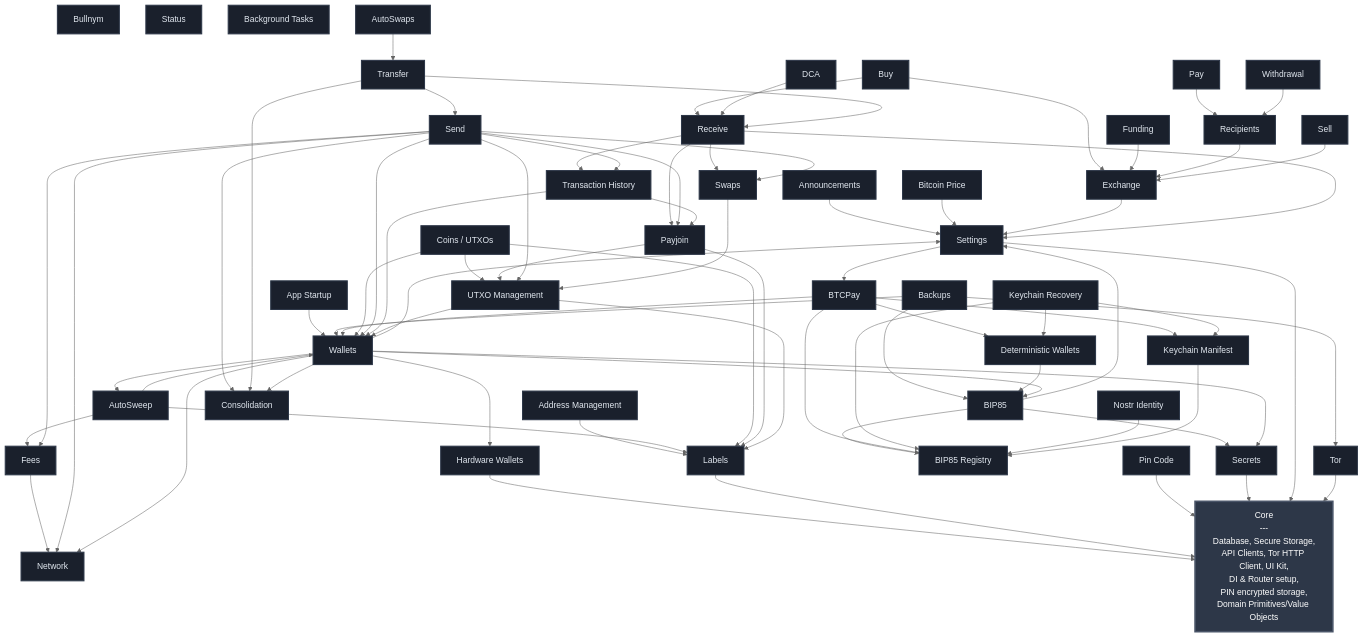
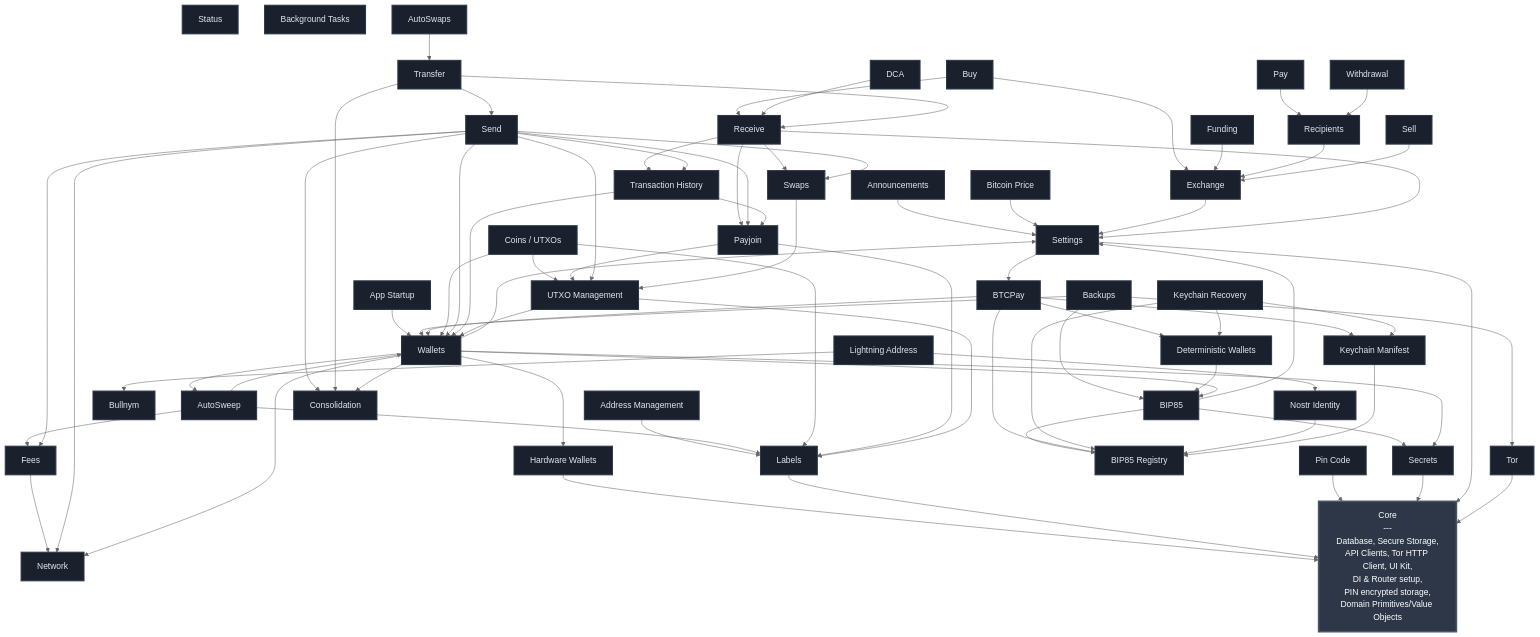
One commit to BullishNode/bullbitcoin-mobile changed the diagram in FEATURES.md. Above: the diagram before and after it, drawn with Mermaid (neutral theme). The commit also changed 9 other files, not shown here.

Commit message:
feat(lightning_address): add registration foundation

````diff
--- a/FEATURES.md
+++ b/FEATURES.md
@@ -28,6 +28,7 @@
     KEYCHAIN_RECOVERY[Keychain Recovery]
     NOSTR_IDENTITY[Nostr Identity]
     BULLNYM[Bullnym]
+    LIGHTNING_ADDRESS[Lightning Address]
     FEES[Fees]
     WALLETS[Wallets]
     EXCHANGE[Exchange]
@@ -82,6 +83,8 @@
     KEYCHAIN_RECOVERY --> DETERMINISTIC_WALLETS
     KEYCHAIN_RECOVERY --> KEYCHAIN_MANIFEST
     NOSTR_IDENTITY --> BIP85_REGISTRY
+    LIGHTNING_ADDRESS --> BULLNYM
+    LIGHTNING_ADDRESS --> NOSTR_IDENTITY
     BUY --> EXCHANGE
     BUY --> RECEIVE
     COINS --> UTXO_MGMT
@@ -139,5 +142,5 @@
     classDef featureStyle fill:#1a202c,stroke:#2d3748,stroke-width:2px,color:#e2e8f0
 
     class CORE coreStyle
-    class SETTINGS,TOR,PIN_CODE,LABELS,SECRETS,HW_WALLETS,BTC_PRICE,BTCPAY,NETWORK,BIP85,BIP85_REGISTRY,DETERMINISTIC_WALLETS,KEYCHAIN_MANIFEST,KEYCHAIN_RECOVERY,NOSTR_IDENTITY,BULLNYM,FEES,WALLETS,EXCHANGE,APP_STARTUP,UTXO_MGMT,ADDRESS_MGMT,RECIPIENTS,FUNDING,BACKUPS,SWAPS,PAYJOIN,WITHDRAWAL,STATUS,SEND,RECEIVE,TRANSFER,TX_HISTORY,BG_TASKS,AUTOSWAPS,AUTOSWEEP,DCA,SELL,PAY,BUY,COINS,ANNOUNCEMENTS,CONSOLIDATION featureStyle
+    class SETTINGS,TOR,PIN_CODE,LABELS,SECRETS,HW_WALLETS,BTC_PRICE,BTCPAY,NETWORK,BIP85,BIP85_REGISTRY,DETERMINISTIC_WALLETS,KEYCHAIN_MANIFEST,KEYCHAIN_RECOVERY,NOSTR_IDENTITY,BULLNYM,LIGHTNING_ADDRESS,FEES,WALLETS,EXCHANGE,APP_STARTUP,UTXO_MGMT,ADDRESS_MGMT,RECIPIENTS,FUNDING,BACKUPS,SWAPS,PAYJOIN,WITHDRAWAL,STATUS,SEND,RECEIVE,TRANSFER,TX_HISTORY,BG_TASKS,AUTOSWAPS,AUTOSWEEP,DCA,SELL,PAY,BUY,COINS,ANNOUNCEMENTS,CONSOLIDATION featureStyle
 ```
````
